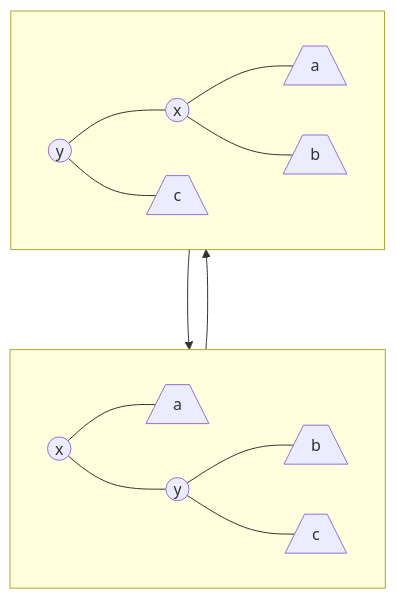
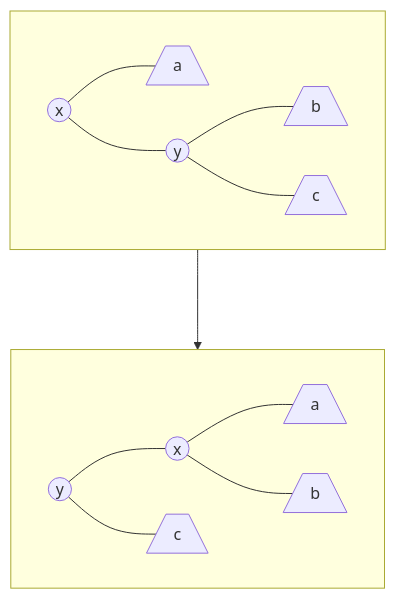
One commit to Kechidi/TP1 changed the third of 3 diagrams in cours/black-red-trees.md. Above: the diagram before and after it, drawn with Mermaid.

Commit message:
Pb figure

````diff
--- a/cours/black-red-trees.md
+++ b/cours/black-red-trees.md
@@ -106,15 +106,13 @@
 ```mermaid
 flowchart TD
   subgraph s1[ ]
   x1((x)) --- a1[/a\] & y1((y))
   y1 --- b1[/b\] & c1[/c\]
   end
 
   subgraph s2[ ]
   y2((y)) --- x2((x)) & c2[/c\]
   x2 --- a[/a\] & b[/b\]
   end
-
   s1 ---> s2
-  s2 ---> s1
-  ```
+```
````
